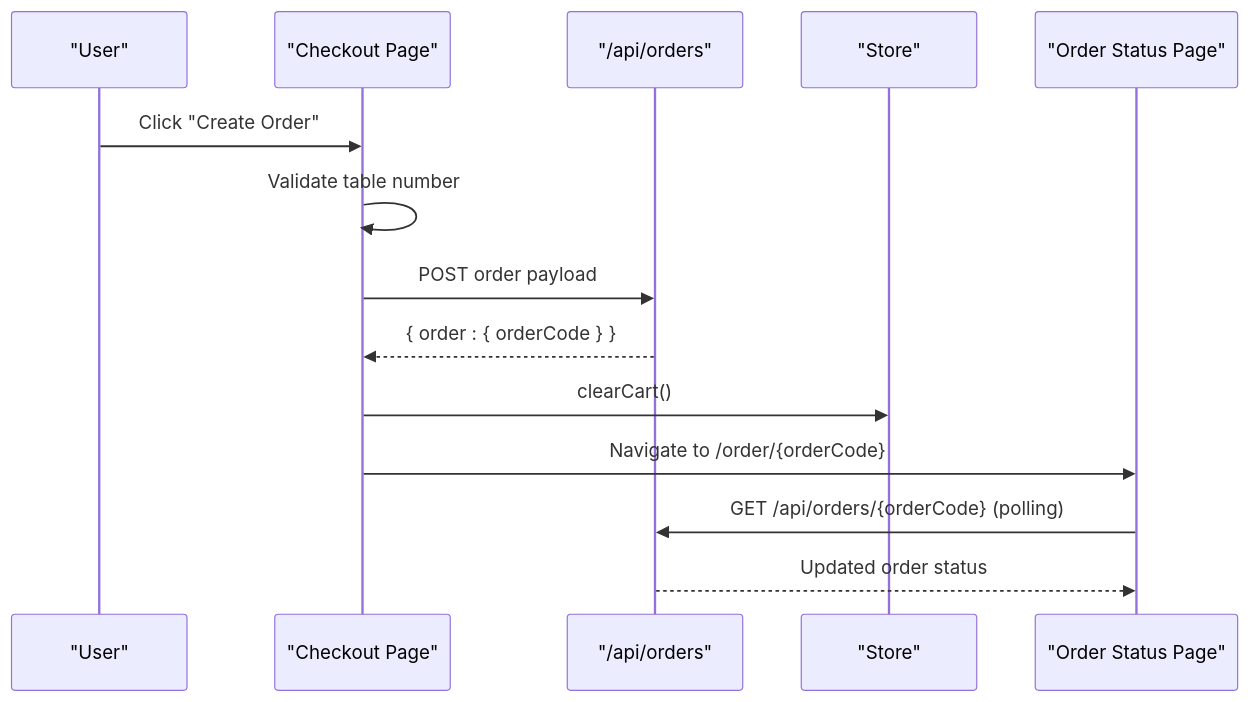
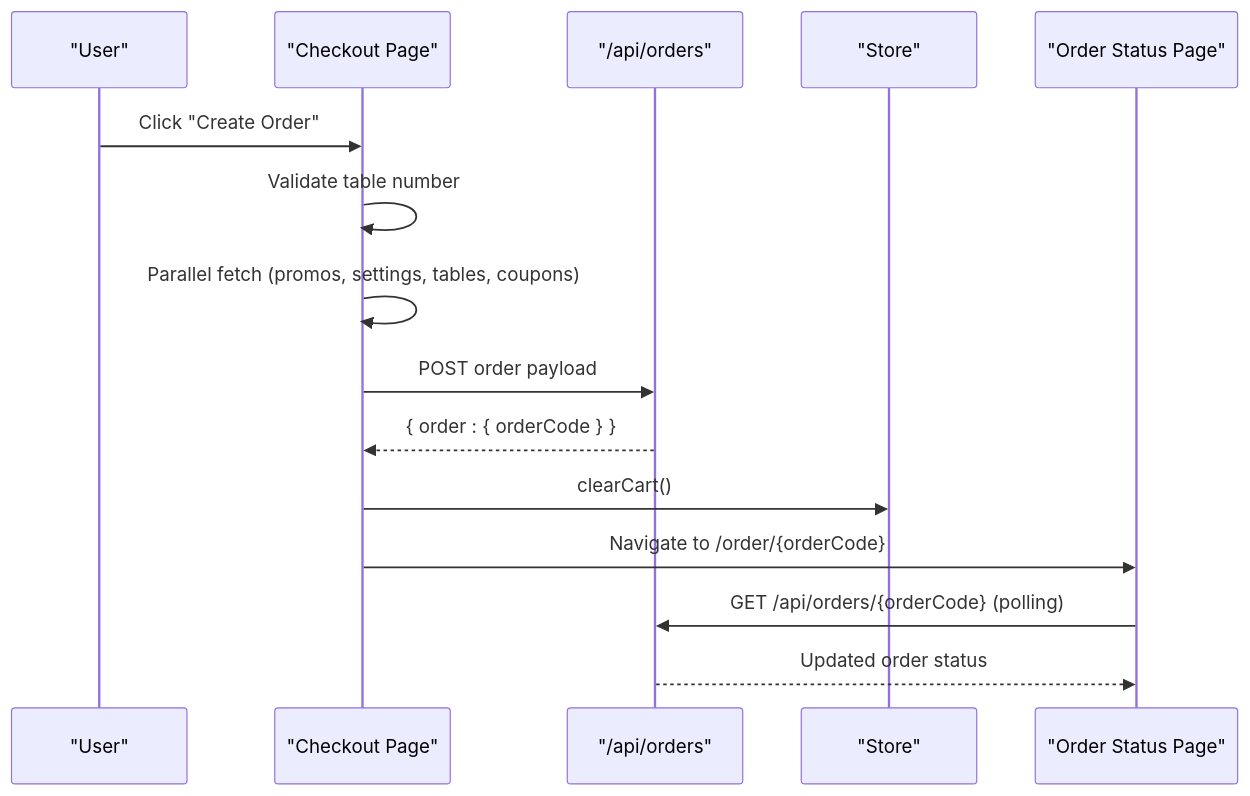
One commit to Ice-Nao-Eevee/Tera_Work changed the seventh of 10 diagrams in .qoder/repowiki/en/content/Core Features/Cart & Ordering System.md. Above: the diagram before and after it, drawn with Mermaid. The commit also changed other lines of this file and 49 other files, not shown here.

````diff
--- a/.qoder/repowiki/en/content/Core Features/Cart & Ordering System.md
+++ b/.qoder/repowiki/en/content/Core Features/Cart & Ordering System.md
@@ -275,16 +291,17 @@
 ```mermaid
 sequenceDiagram
 participant User as "User"
 participant CheckoutPage as "Checkout Page"
 participant OrdersAPI as "/api/orders"
 participant Store as "Store"
 participant OrderStatusPage as "Order Status Page"
 User->>CheckoutPage : Click "Create Order"
 CheckoutPage->>CheckoutPage : Validate table number
+CheckoutPage->>CheckoutPage : Parallel fetch (promos, settings, tables, coupons)
 CheckoutPage->>OrdersAPI : POST order payload
 OrdersAPI-->>CheckoutPage : { order : { orderCode } }
 CheckoutPage->>Store : clearCart()
 CheckoutPage->>OrderStatusPage : Navigate to /order/{orderCode}
 OrderStatusPage->>OrdersAPI : GET /api/orders/{orderCode} (polling)
 OrdersAPI-->>OrderStatusPage : Updated order status
 ```
````
